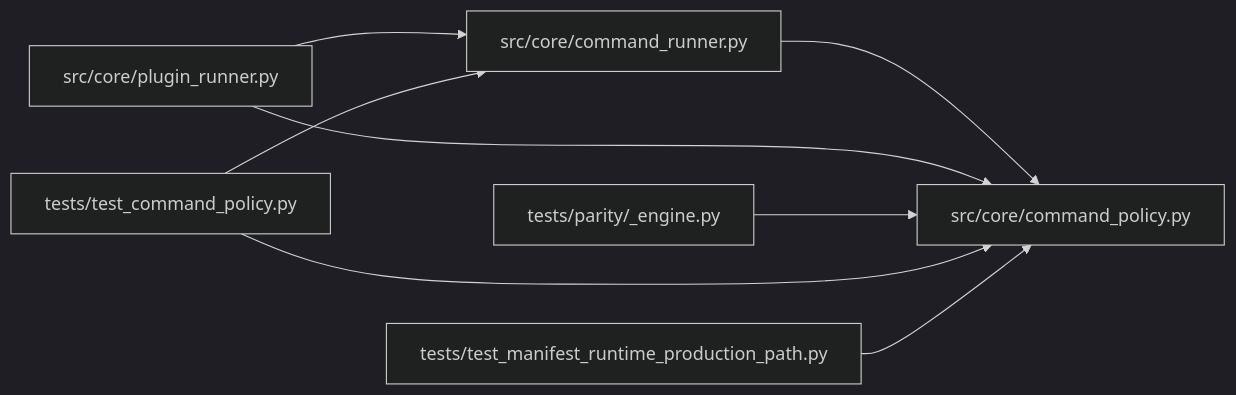
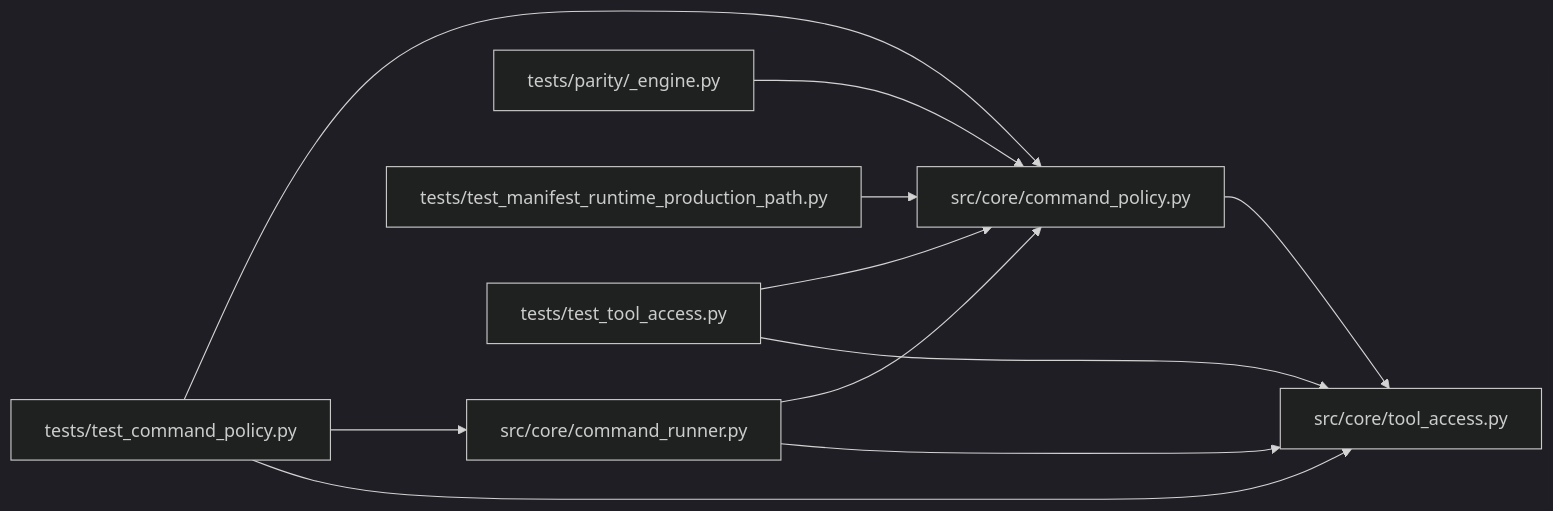
Before and after one commit to Denissvgn/autoresearch-agent: the diagram in docs/llm_wiki/modules/command_policy.md, drawn with Mermaid (dark theme). The commit also changed other lines of this file and 73 other files, not shown here.

````diff
--- a/docs/llm_wiki/modules/command_policy.md
+++ b/docs/llm_wiki/modules/command_policy.md
@@ -23,22 +24,27 @@
 ```mermaid
 flowchart LR
     n0["src/core/command_policy.py"]
     n1["src/core/command_runner.py"]
-    n2["src/core/plugin_runner.py"]
+    n2["src/core/tool_access.py"]
     n3["tests/parity/_engine.py"]
     n4["tests/test_command_policy.py"]
     n5["tests/test_manifest_runtime_production_path.py"]
+    n6["tests/test_tool_access.py"]
+    n0 --> n2
     n1 --> n0
-    n2 --> n0
-    n2 --> n1
+    n1 --> n2
     n3 --> n0
     n4 --> n0
     n4 --> n1
+    n4 --> n2
     n5 --> n0
+    n6 --> n0
+    n6 --> n2
     click n0 "../modules/command_policy.md"
     click n1 "../modules/command_runner.md"
-    click n2 "../modules/plugin_runner.md"
+    click n2 "../modules/tool_access.md"
     click n3 "../modules/_engine.md"
     click n4 "../modules/test_command_policy.md"
     click n5 "../modules/test_manifest_runtime_production_path.md"
+    click n6 "../modules/test_tool_access.md"
 ```
````
